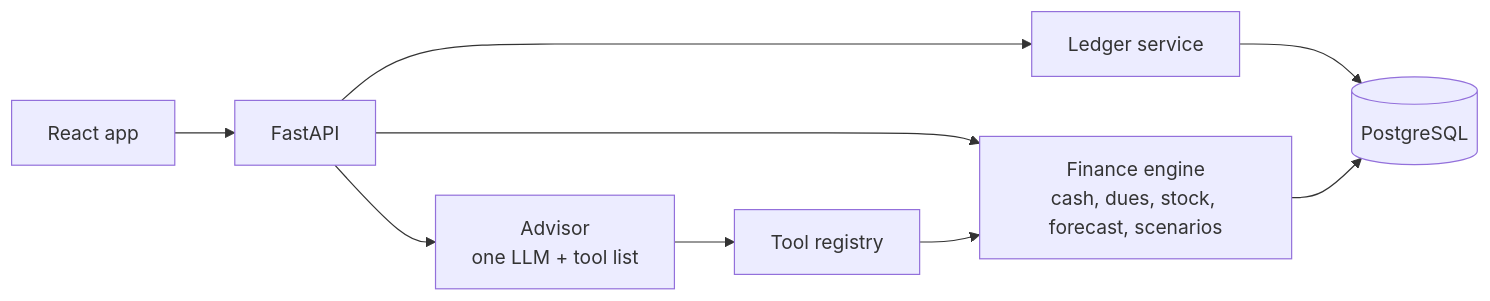
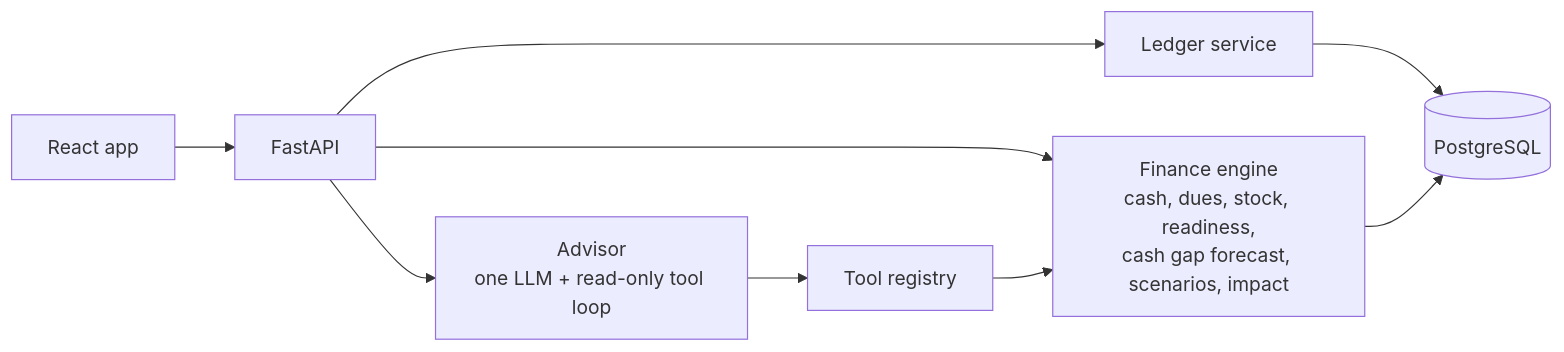
The diagram in README.md (RaihanHossain021/CashPilot), drawn with Mermaid before and after one commit. The commit also changed other lines of this file and 13 other files, not shown here.

````diff
--- a/README.md
+++ b/README.md
@@ -77,11 +77,11 @@
 ```mermaid
 flowchart LR
     UI[React app] --> API[FastAPI]
     API --> LEDGER[Ledger service]
-    API --> ENGINE[Finance engine<br/>cash, dues, stock, forecast, scenarios]
-    API --> ADVISOR[Advisor<br/>one LLM + tool list]
+    API --> ENGINE[Finance engine<br/>cash, dues, stock, readiness,<br/>cash gap forecast, scenarios, impact]
+    API --> ADVISOR[Advisor<br/>one LLM + read-only tool loop]
     ADVISOR --> TOOLS[Tool registry]
     TOOLS --> ENGINE
     LEDGER --> DB[(PostgreSQL)]
     ENGINE --> DB
 ```
````
